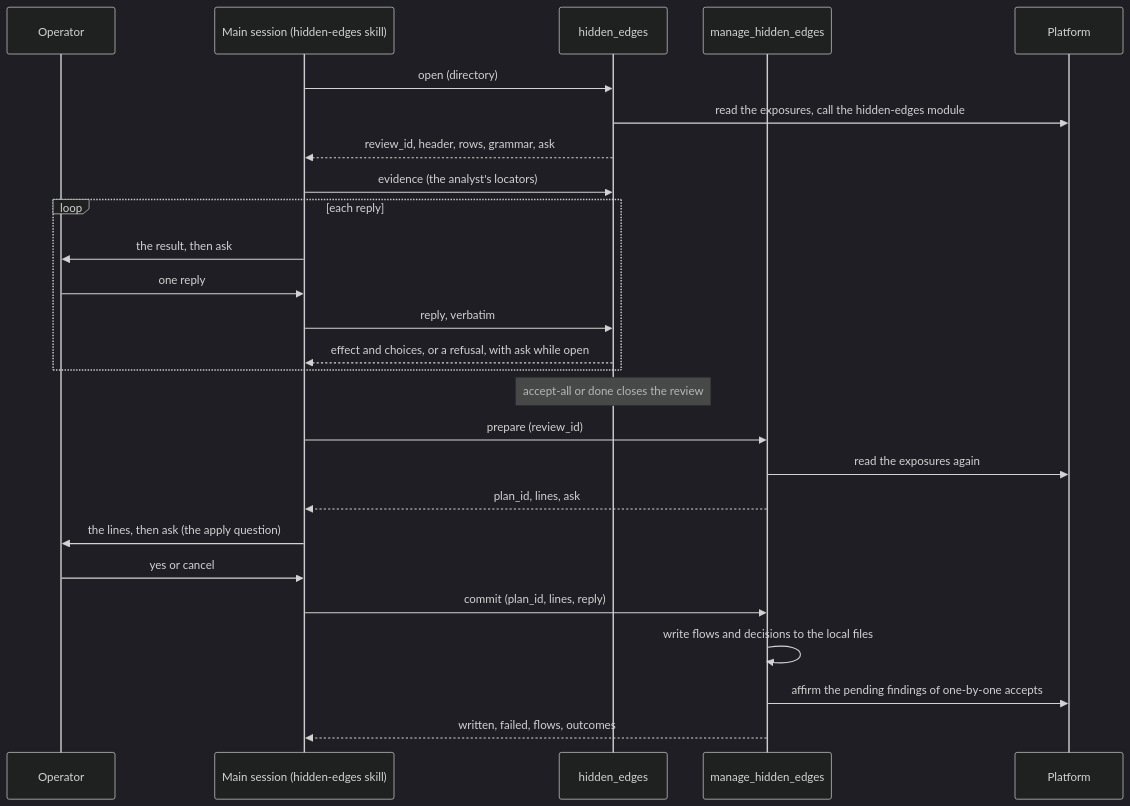
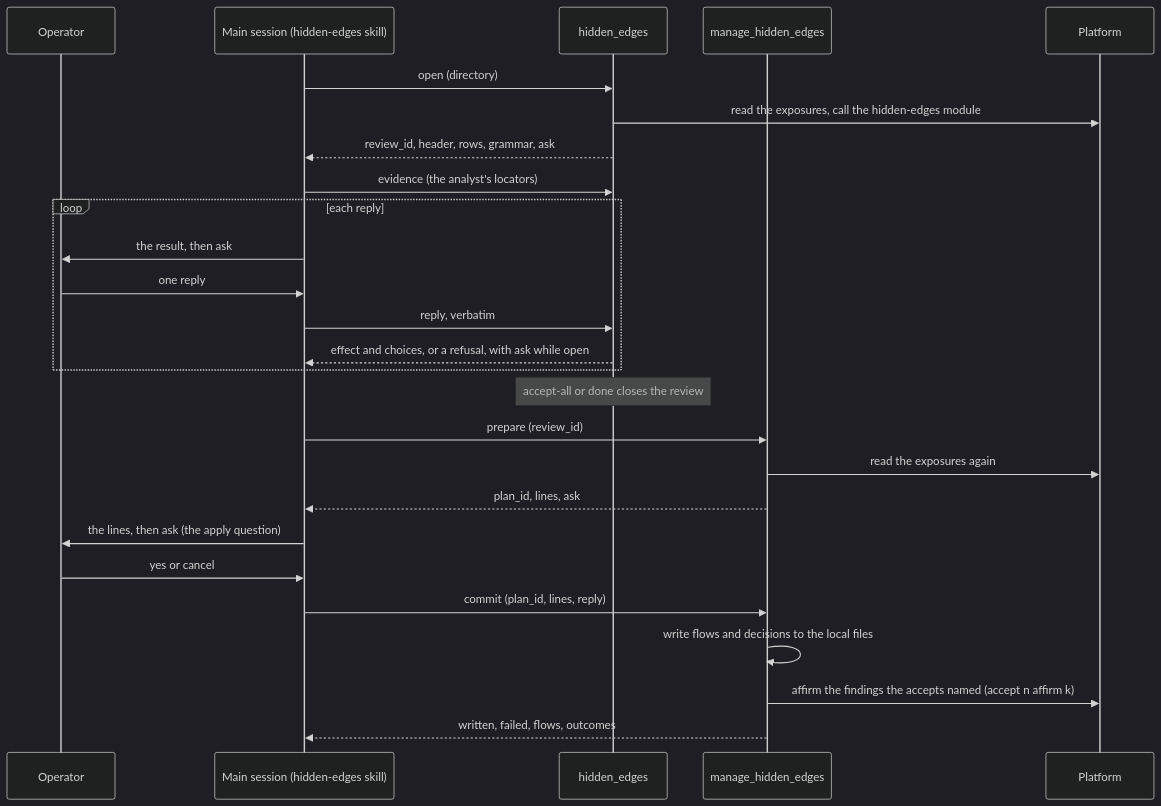
Before and after one commit to dether-net/dethernety-oss: the fifth of 5 diagrams in docs/architecture/dethereal/MCP_ARCHITECTURE.md, drawn with Mermaid (dark theme). The commit also changed other lines of this file and 128 other files, not shown here.

````diff
--- a/docs/architecture/dethereal/MCP_ARCHITECTURE.md
+++ b/docs/architecture/dethereal/MCP_ARCHITECTURE.md
@@ -1939,28 +1939,28 @@
 ```mermaid
 sequenceDiagram
     participant O as Operator
     participant S as Main session (hidden-edges skill)
     participant H as hidden_edges
     participant M as manage_hidden_edges
     participant P as Platform
     S->>H: open (directory)
     H->>P: read the exposures, call the hidden-edges module
     H-->>S: review_id, header, rows, grammar, ask
     S->>H: evidence (the analyst's locators)
     loop each reply
         S->>O: the result, then ask
         O->>S: one reply
         S->>H: reply, verbatim
         H-->>S: effect and choices, or a refusal, with ask while open
     end
     Note over H: accept-all or done closes the review
     S->>M: prepare (review_id)
     M->>P: read the exposures again
     M-->>S: plan_id, lines, ask
     S->>O: the lines, then ask (the apply question)
     O->>S: yes or cancel
     S->>M: commit (plan_id, lines, reply)
     M->>M: write flows and decisions to the local files
-    M->>P: affirm the pending findings of one-by-one accepts
+    M->>P: affirm the findings the accepts named (accept n affirm k)
     M-->>S: written, failed, flows, outcomes
 ```
````
